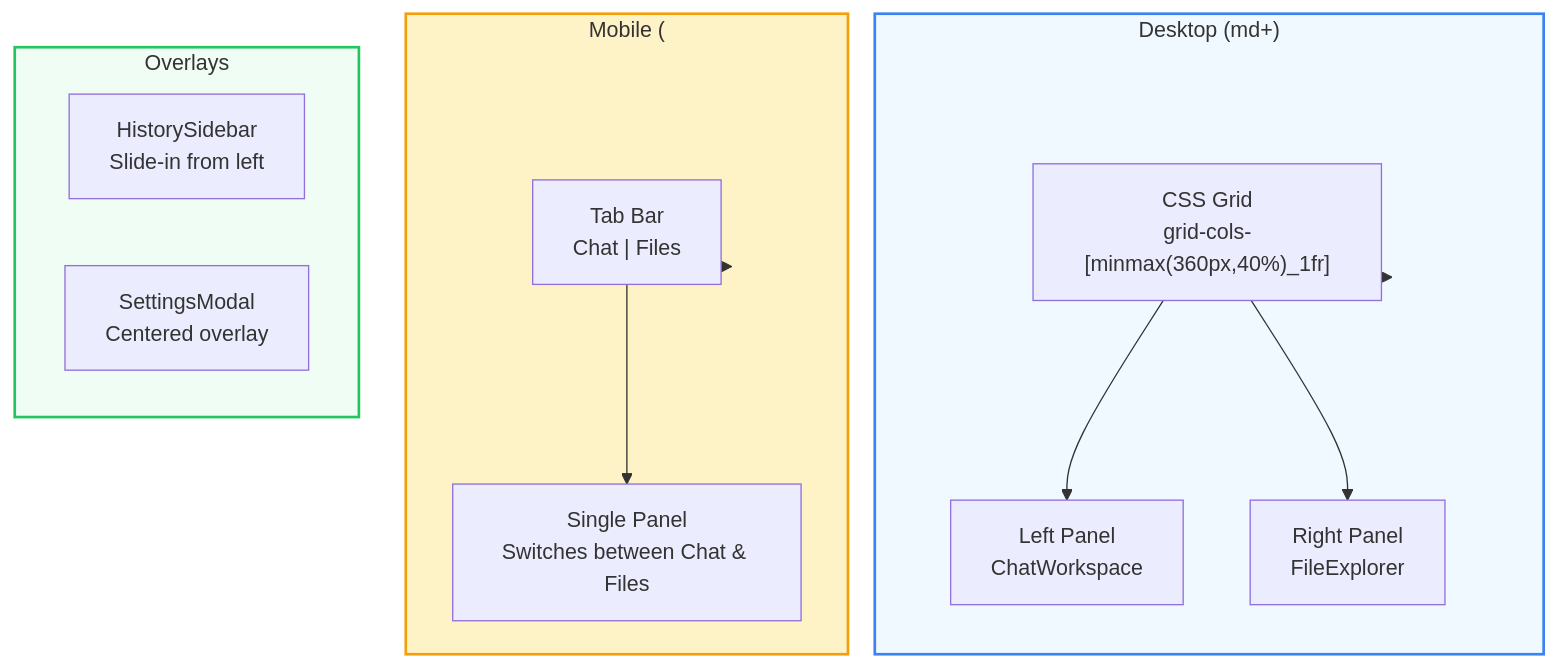
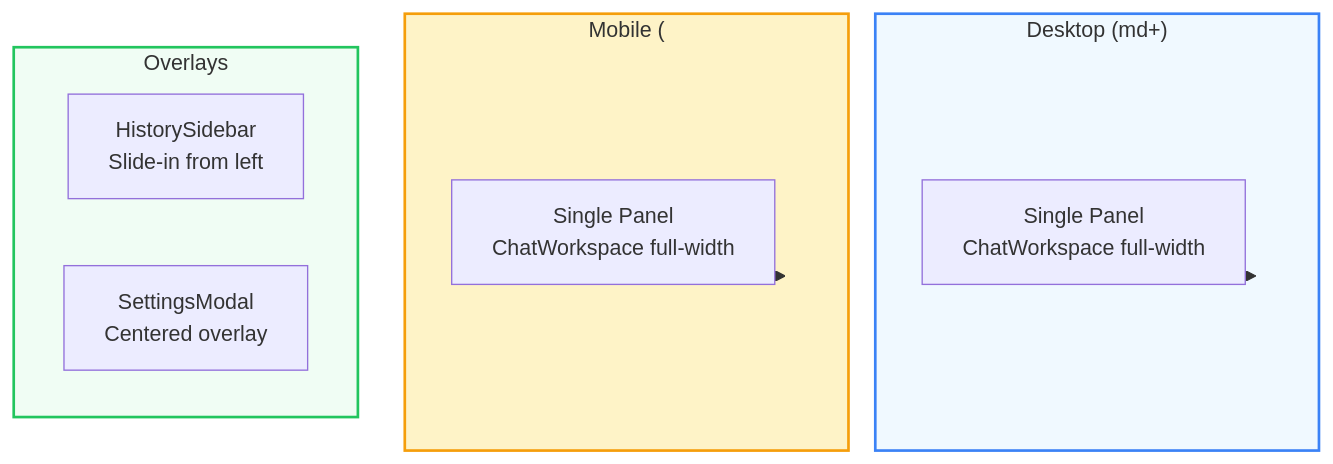
Before and after one commit to opencurro-ai/opencurro-ai: the fourth of 4 diagrams in frontend/README.md, drawn with Mermaid. The commit also changed other lines of this file and 8 other files, not shown here.

````diff
--- a/frontend/README.md
+++ b/frontend/README.md
@@ -444,28 +428,22 @@
 ```mermaid
 graph TD
     subgraph Desktop["Desktop (md+)"]
-        GRID["CSS Grid<br/>grid-cols-[minmax(360px,40%)_1fr]"]
-        LEFT["Left Panel<br/>ChatWorkspace"]
-        RIGHT["Right Panel<br/>FileExplorer"]
+        PANEL["Single Panel<br/>ChatWorkspace full-width"]
     end
 
     subgraph Mobile["Mobile (<md)"]
-        TABS["Tab Bar<br/>Chat | Files"]
-        PANEL["Single Panel<br/>Switches between Chat & Files"]
+        MPANEL["Single Panel<br/>ChatWorkspace full-width"]
     end
 
     subgraph Overlays
         SIDEBAR["HistorySidebar<br/>Slide-in from left"]
         MODAL["SettingsModal<br/>Centered overlay"]
     end
 
-    Desktop --> GRID
-    GRID --> LEFT
-    GRID --> RIGHT
-    Mobile --> TABS
-    TABS --> PANEL
+    Desktop --> PANEL
+    Mobile --> MPANEL
 
     style Desktop fill:#f0f9ff,stroke:#3b82f6,stroke-width:2px
     style Mobile fill:#fef3c7,stroke:#f59e0b,stroke-width:2px
     style Overlays fill:#f0fdf4,stroke:#22c55e,stroke-width:2px
 ```
````
